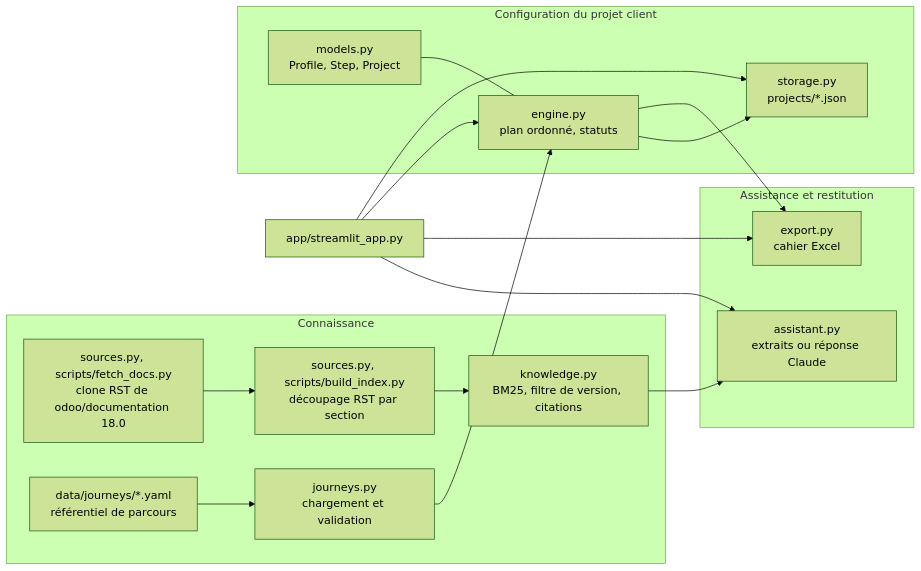
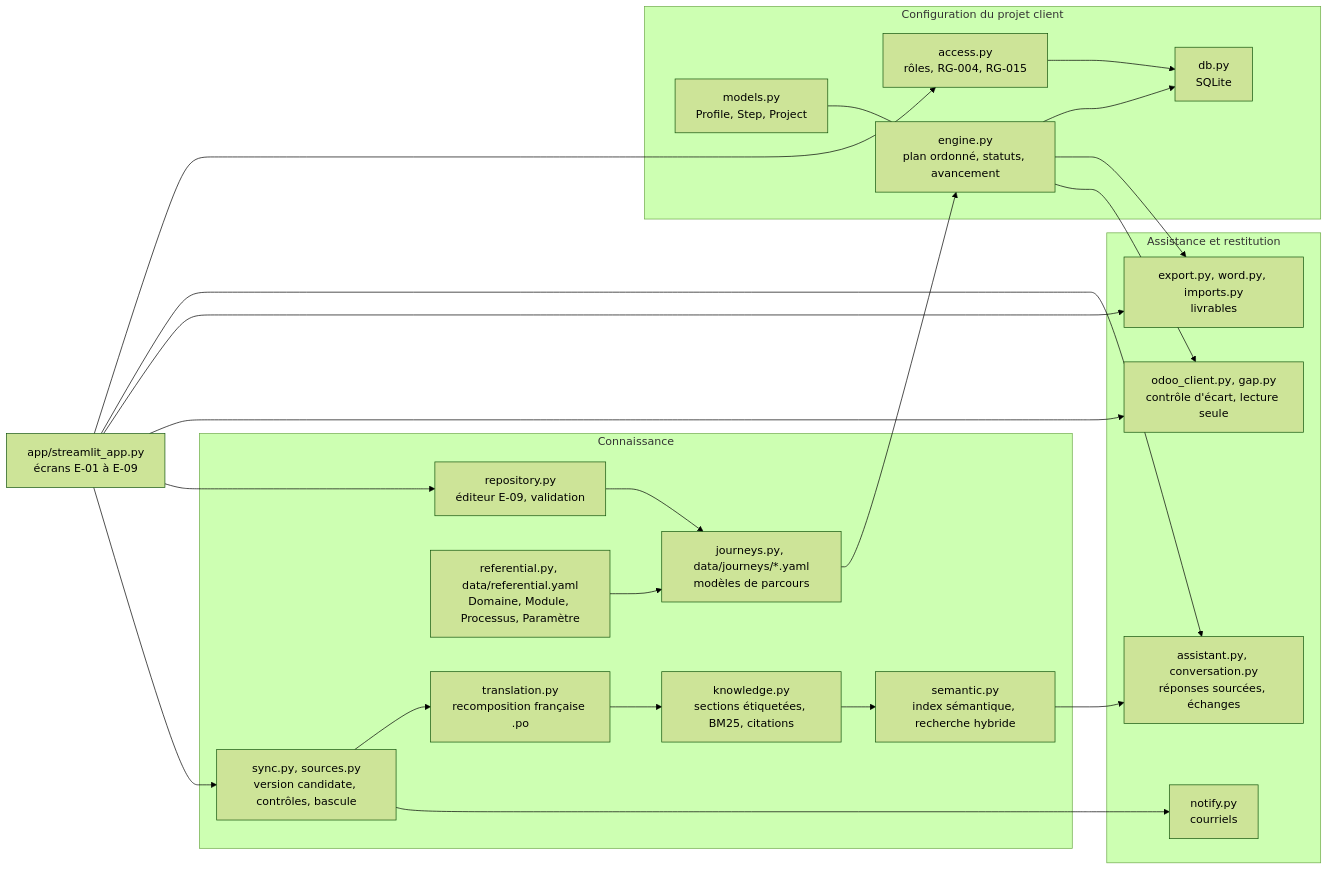
Before and after one commit to kamilbbm/odoo-config-assistant: the diagram in docs/architecture.md, drawn with Mermaid (forest theme). The commit also changed other lines of this file and 7 other files, not shown here.

First line of the commit message:
Documentation V1 : README, architecture, couverture de la SFD, captures

````diff
--- a/docs/architecture.md
+++ b/docs/architecture.md
@@ -10,28 +10,37 @@
 ```mermaid
 flowchart LR
     subgraph Connaissance
-        F[sources.py, scripts/fetch_docs.py<br/>clone RST de odoo/documentation 18.0]
-        B[sources.py, scripts/build_index.py<br/>découpage RST par section]
-        K[knowledge.py<br/>BM25, filtre de version, citations]
-        Y[data/journeys/*.yaml<br/>référentiel de parcours]
-        J[journeys.py<br/>chargement et validation]
+        SY[sync.py, sources.py<br/>version candidate, contrôles, bascule]
+        TR[translation.py<br/>recomposition française .po]
+        K[knowledge.py<br/>sections étiquetées, BM25, citations]
+        SE[semantic.py<br/>index sémantique, recherche hybride]
+        RF[referential.py, data/referential.yaml<br/>Domaine, Module, Processus, Paramètre]
+        J[journeys.py, data/journeys/*.yaml<br/>modèles de parcours]
+        RP[repository.py<br/>éditeur E-09, validation]
     end
     subgraph Projet["Configuration du projet client"]
         M[models.py<br/>Profile, Step, Project]
-        E[engine.py<br/>plan ordonné, statuts]
-        S[storage.py<br/>projects/*.json]
+        E[engine.py<br/>plan ordonné, statuts, avancement]
+        AC[access.py<br/>rôles, RG-004, RG-015]
+        DB[db.py<br/>SQLite]
     end
     subgraph Restitution["Assistance et restitution"]
-        A[assistant.py<br/>extraits ou réponse Claude]
-        X[export.py<br/>cahier Excel]
+        A[assistant.py, conversation.py<br/>réponses sourcées, échanges]
+        X[export.py, word.py, imports.py<br/>livrables]
+        N[notify.py<br/>courriels]
+        G[odoo_client.py, gap.py<br/>contrôle d'écart, lecture seule]
     end
-    UI[app/streamlit_app.py]
+    UI[app/streamlit_app.py<br/>écrans E-01 à E-09]
 
-    F --> B --> K
-    Y --> J --> E
+    SY --> TR --> K --> SE
+    RF --> J --> E
+    RP --> J
     M --- E
-    E --> S
-    K --> A
+    AC --> DB
+    E --> DB
+    SE --> A
     E --> X
-    UI --> E & A & X & S
+    SY --> N
+    E --> G
+    UI --> AC & A & X & G & RP & SY
 ```
````
